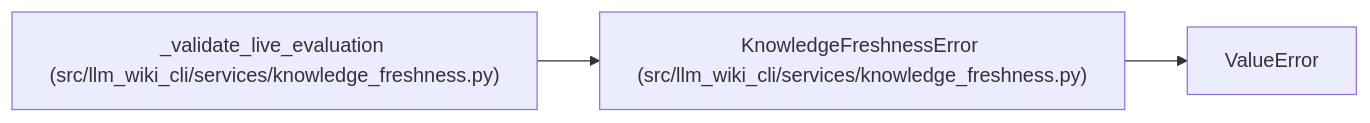
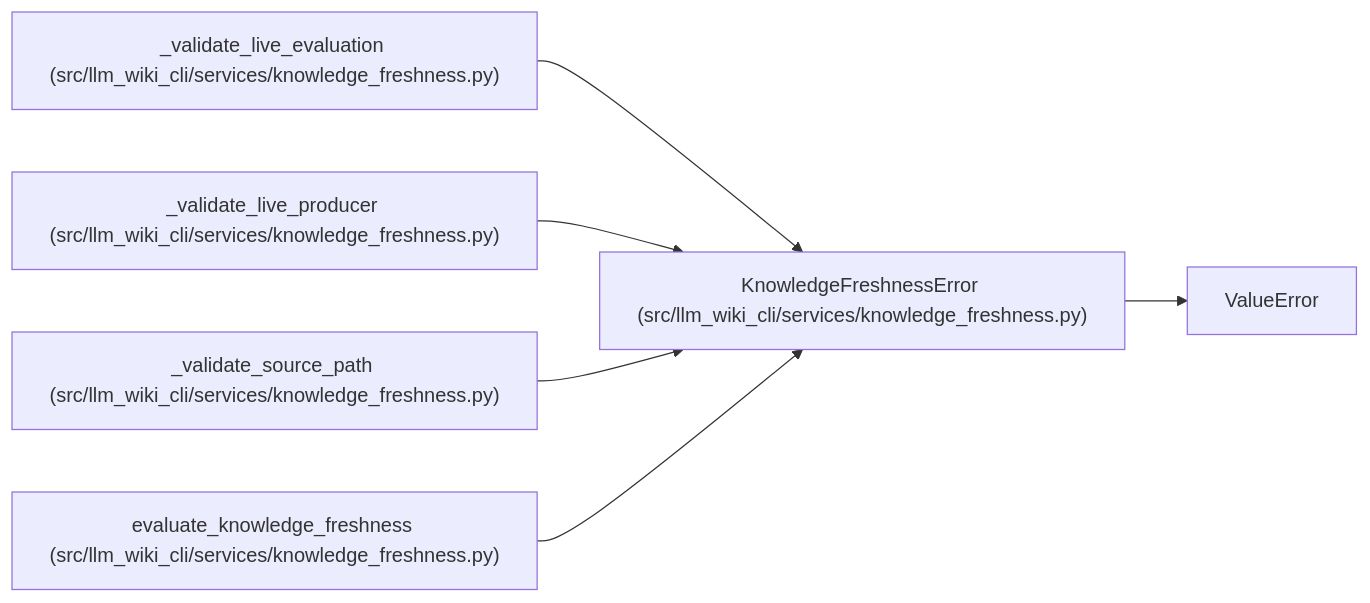
One commit to Denissvgn/python-wiki-llm changed the diagram in docs/llm_wiki/entities/KnowledgeFreshnessError.md. Above: the diagram before and after it, drawn with Mermaid. The commit also changed other lines of this file and 493 other files, not shown here.

````diff
--- a/docs/llm_wiki/entities/KnowledgeFreshnessError.md
+++ b/docs/llm_wiki/entities/KnowledgeFreshnessError.md
@@ -25,10 +25,19 @@
 ```mermaid
 flowchart LR
     n0["KnowledgeFreshnessError (src/llm_wiki_cli/services/knowledge_freshness.py)"]
     n1["ValueError"]
     n2["_validate_live_evaluation (src/llm_wiki_cli/services/knowledge_freshness.py)"]
+    n3["_validate_live_producer (src/llm_wiki_cli/services/knowledge_freshness.py)"]
+    n4["_validate_source_path (src/llm_wiki_cli/services/knowledge_freshness.py)"]
+    n5["evaluate_knowledge_freshness (src/llm_wiki_cli/services/knowledge_freshness.py)"]
     n0 --> n1
     n2 --> n0
+    n3 --> n0
+    n4 --> n0
+    n5 --> n0
     click n0 "../modules/knowledge_freshness.md"
     click n2 "../modules/knowledge_freshness.md"
+    click n3 "../modules/knowledge_freshness.md"
+    click n4 "../modules/knowledge_freshness.md"
+    click n5 "../modules/knowledge_freshness.md"
 ```
````
